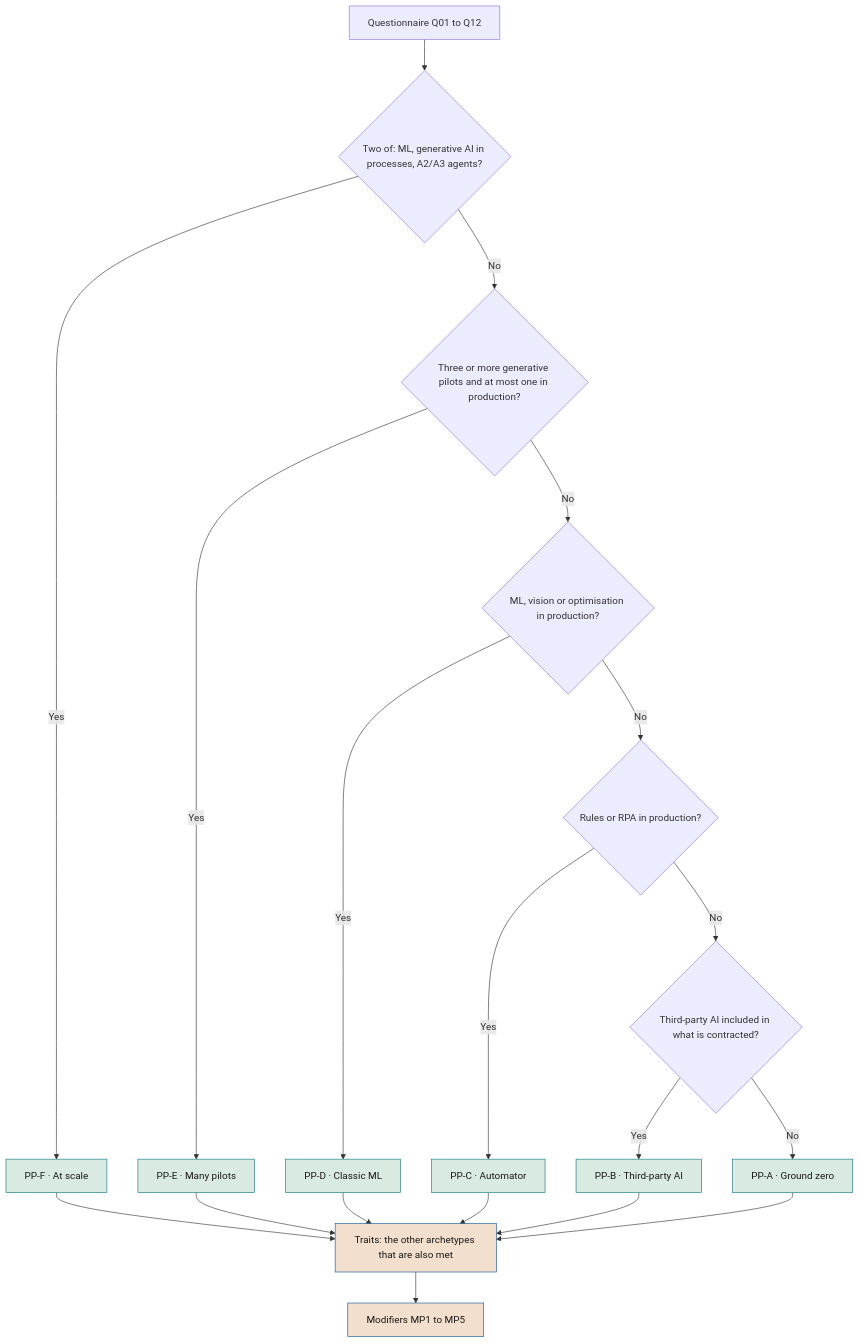
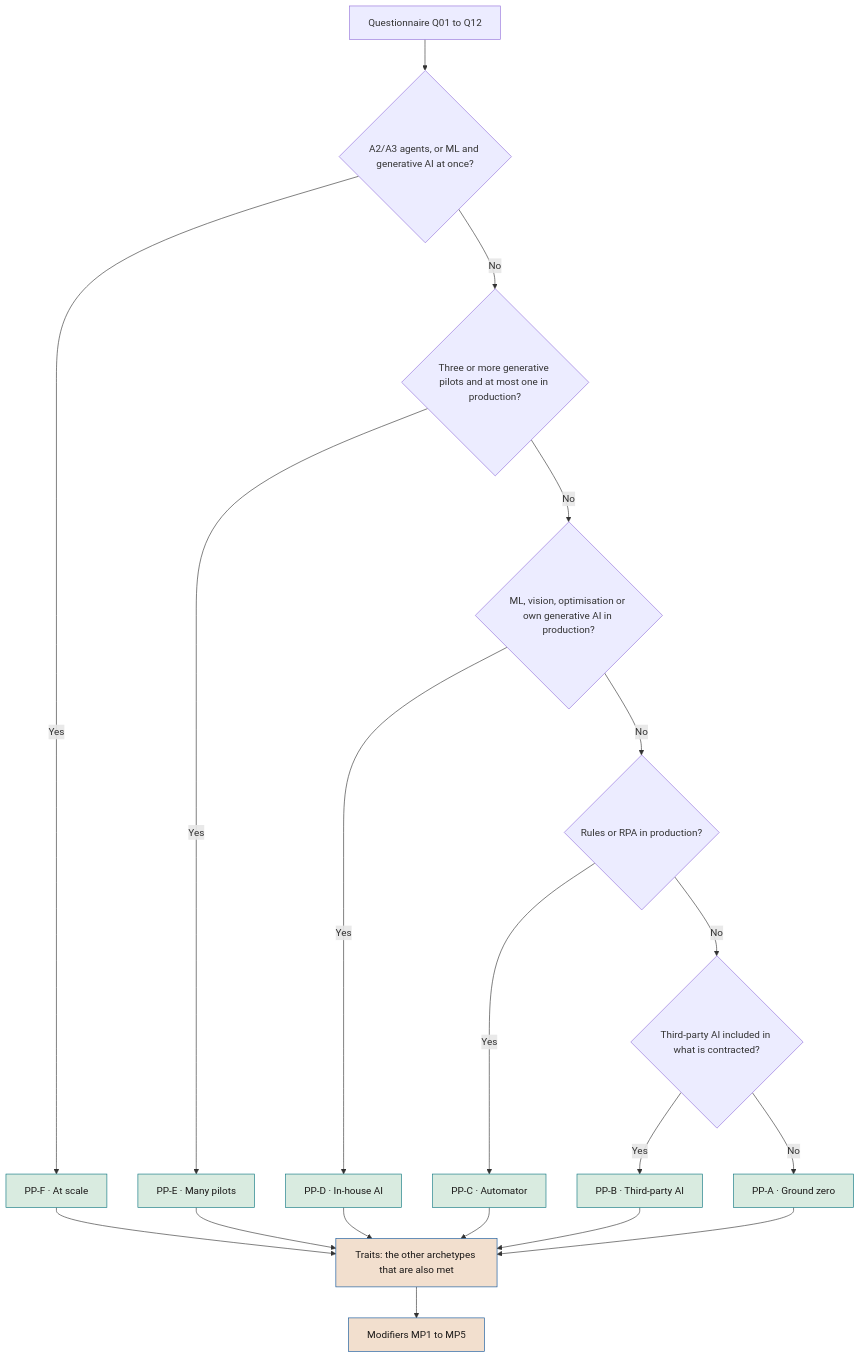
Before and after one commit to seachad/AI_CONSULTING: the first of 2 diagrams in SEVEN-G/mds/en/96_SEVEN-G_Puntos_de_partida_y_recorrido_de_implantacion.md, drawn with Mermaid. The commit also changed other lines of this file and 36 other files, not shown here.

````diff
--- a/SEVEN-G/mds/en/96_SEVEN-G_Puntos_de_partida_y_recorrido_de_implantacion.md
+++ b/SEVEN-G/mds/en/96_SEVEN-G_Puntos_de_partida_y_recorrido_de_implantacion.md
@@ -70,20 +70,20 @@
 ```mermaid
 flowchart TD
-  Q["Questionnaire Q01 to Q12"] --> F{"Two of: ML, generative AI in processes, A2/A3 agents?"}
+  Q["Questionnaire Q01 to Q12"] --> F{"A2/A3 agents, or ML and generative AI at once?"}
   F -->|"Yes"| PF["PP-F · At scale"]
   F -->|"No"| E{"Three or more generative pilots and at most one in production?"}
   E -->|"Yes"| PE["PP-E · Many pilots"]
-  E -->|"No"| D{"ML, vision or optimisation in production?"}
-  D -->|"Yes"| PD["PP-D · Classic ML"]
+  E -->|"No"| D{"ML, vision, optimisation or own generative AI in production?"}
+  D -->|"Yes"| PD["PP-D · In-house AI"]
   D -->|"No"| C{"Rules or RPA in production?"}
   C -->|"Yes"| PC["PP-C · Automator"]
   C -->|"No"| B{"Third-party AI included in what is contracted?"}
   B -->|"Yes"| PB["PP-B · Third-party AI"]
   B -->|"No"| PA["PP-A · Ground zero"]
   PF & PE & PD & PC & PB & PA --> R["Traits: the other archetypes that are also met"]
   R --> M["Modifiers MP1 to MP5"]
   classDef ok fill:#d9ebe0,stroke:#0d7680,color:#1a1817
   classDef med fill:#f2dfce,stroke:#0f5499,color:#1a1817
   class PF,PE,PD,PC,PB,PA ok
   class R,M med
 ```
````
